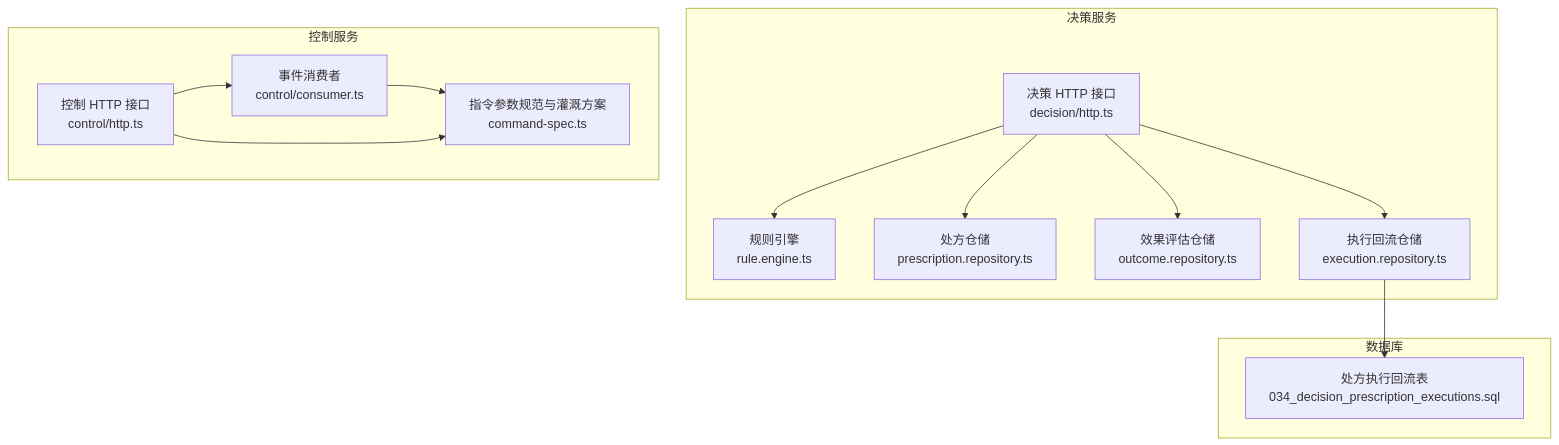
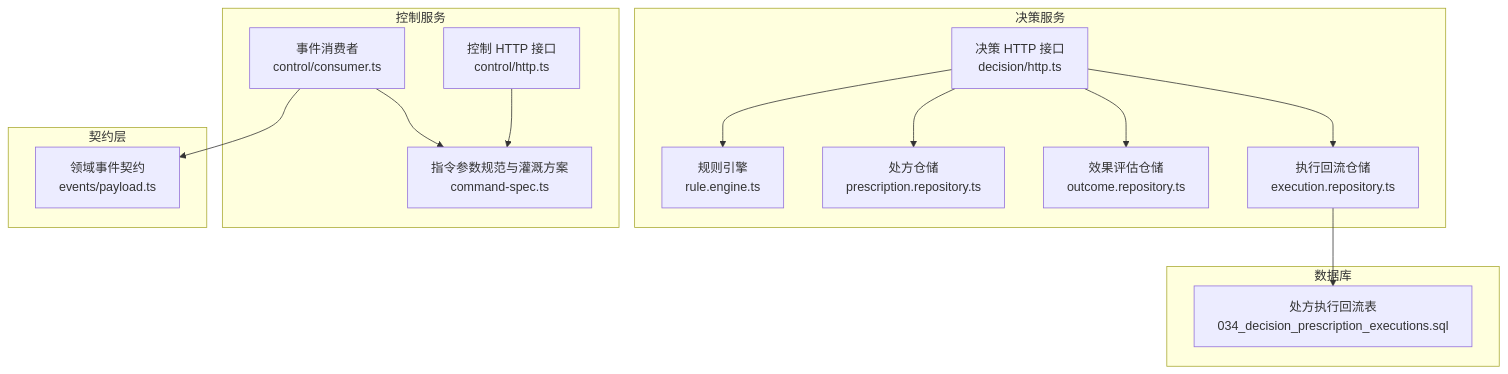
Before and after one commit to q446328246/agri-platform: the first of 10 diagrams in .qoder/repowiki/zh/content/核心服务文档/执行计划系统.md, drawn with Mermaid. The commit also changed other lines of this file and 42 other files, not shown here.

````diff
--- a/.qoder/repowiki/zh/content/核心服务文档/执行计划系统.md
+++ b/.qoder/repowiki/zh/content/核心服务文档/执行计划系统.md
@@ -52,26 +65,29 @@
 ```mermaid
 graph TB
 subgraph "决策服务"
 RuleEngine["规则引擎<br/>rule.engine.ts"]
 PrescriptionRepo["处方仓储<br/>prescription.repository.ts"]
 OutcomeRepo["效果评估仓储<br/>outcome.repository.ts"]
 ExecutionRepo["执行回流仓储<br/>execution.repository.ts"]
 DecisionHttp["决策 HTTP 接口<br/>decision/http.ts"]
 end
 subgraph "控制服务"
 CommandSpec["指令参数规范与灌溉方案<br/>command-spec.ts"]
 ControlConsumer["事件消费者<br/>control/consumer.ts"]
 ControlHttp["控制 HTTP 接口<br/>control/http.ts"]
 end
+subgraph "契约层"
+Contracts["领域事件契约<br/>events/payload.ts"]
+end
 subgraph "数据库"
 ExecTable["处方执行回流表<br/>034_decision_prescription_executions.sql"]
 end
 DecisionHttp --> RuleEngine
 DecisionHttp --> PrescriptionRepo
 DecisionHttp --> OutcomeRepo
 DecisionHttp --> ExecutionRepo
 ControlConsumer --> CommandSpec
 ControlHttp --> CommandSpec
-ControlHttp --> ControlConsumer
+ControlConsumer --> Contracts
 ExecutionRepo --> ExecTable
 ```
````
